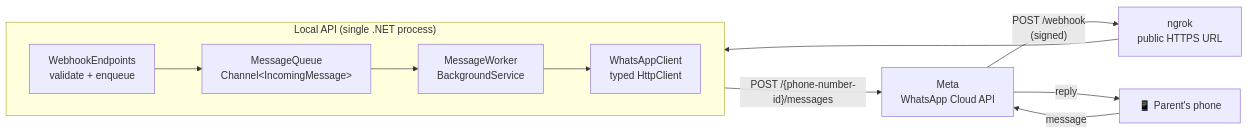
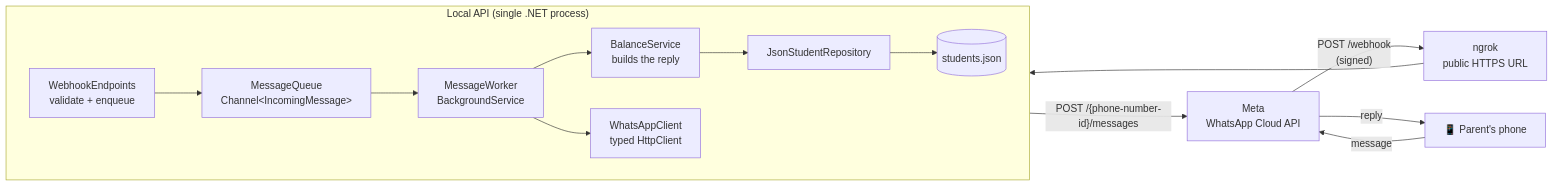
Before and after one commit to juancitowillyr46/academy-whatsapp-bot: the first of 2 diagrams in docs/architecture.md, drawn with Mermaid. The commit also changed other lines of this file and 17 other files, not shown here.

First line of the commit message:
Reply with the guardian's balance statement

````diff
--- a/docs/architecture.md
+++ b/docs/architecture.md
@@ -7,16 +7,19 @@
 ```mermaid
 flowchart LR
     Phone["📱 Parent's phone"] -- message --> Meta["Meta<br/>WhatsApp Cloud API"]
     Meta -- "POST /webhook<br/>(signed)" --> Ngrok["ngrok<br/>public HTTPS URL"]
     Ngrok --> Api
 
     subgraph Api["Local API (single .NET process)"]
         direction LR
         Webhook["WebhookEndpoints<br/>validate + enqueue"] --> Queue["MessageQueue<br/>Channel&lt;IncomingMessage&gt;"]
         Queue --> Worker["MessageWorker<br/>BackgroundService"]
+        Worker --> Balance["BalanceService<br/>builds the reply"]
+        Balance --> Repo["JsonStudentRepository"]
+        Repo --> Json[("students.json")]
         Worker --> Client["WhatsAppClient<br/>typed HttpClient"]
     end
 
     Client -- "POST /{phone-number-id}/messages" --> Meta
     Meta -- reply --> Phone
 ```
````
